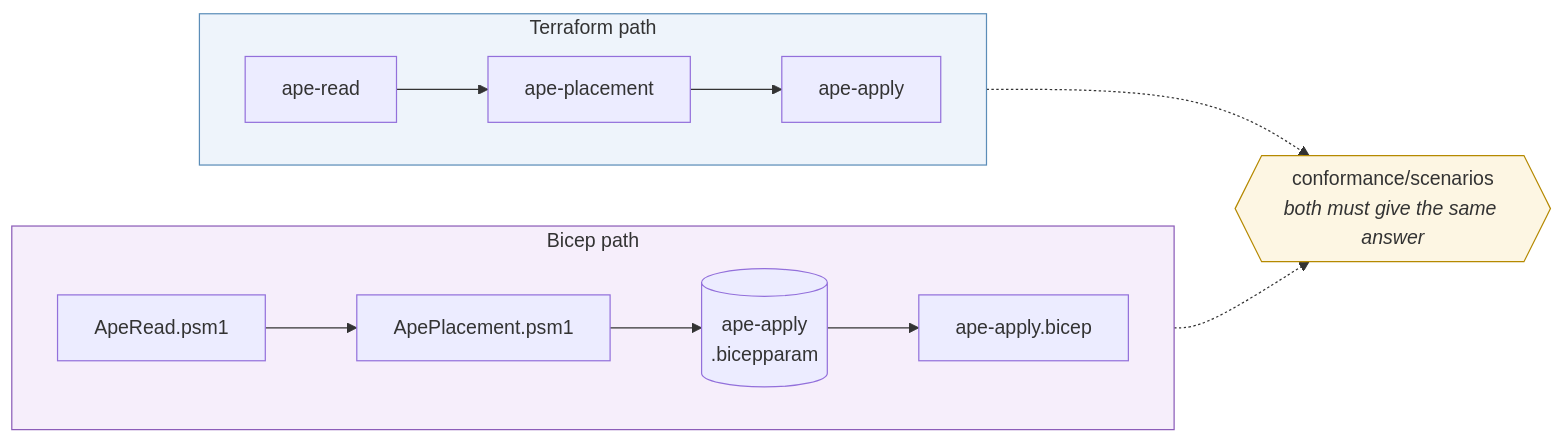
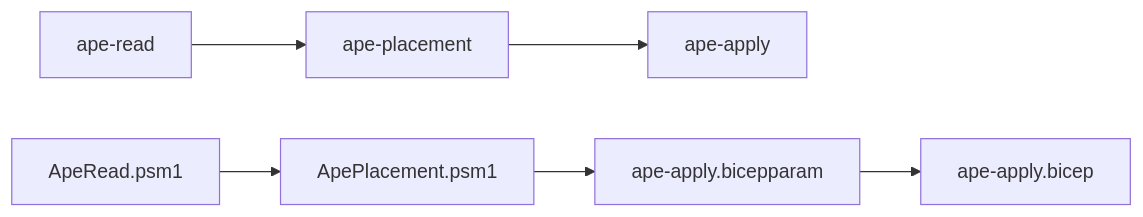
The second of 3 diagrams in docs/GUIDE.md (chrislittle/azure-placement-engine), drawn with Mermaid before and after one commit. The commit also changed other lines of this file and 9 other files, not shown here.

````diff
--- a/docs/GUIDE.md
+++ b/docs/GUIDE.md
@@ -211,17 +231,5 @@
 ```mermaid
 flowchart LR
-    subgraph TF ["Terraform path"]
-        direction LR
-        T1["ape-read"] --> T2["ape-placement"] --> T3["ape-apply"]
-    end
-    subgraph BP ["Bicep path"]
-        direction LR
-        B1["ApeRead.psm1"] --> B2["ApePlacement.psm1"] --> B3[("ape-apply<br/>.bicepparam")] --> B4["ape-apply.bicep"]
-    end
-    TF -.-> X{{"conformance/scenarios<br/><i>both must give the same answer</i>"}}
-    BP -.-> X
-
-    style TF fill:#eef4fb,stroke:#5b8db8
-    style BP fill:#f6eefb,stroke:#8b5bb8
-    style X fill:#fdf6e3,stroke:#b58900
+    T1[ape-read] --> T2[ape-placement] --> T3[ape-apply]
+    B1[ApeRead.psm1] --> B2[ApePlacement.psm1] --> B3[ape-apply.bicepparam] --> B4[ape-apply.bicep]
 ```
````
